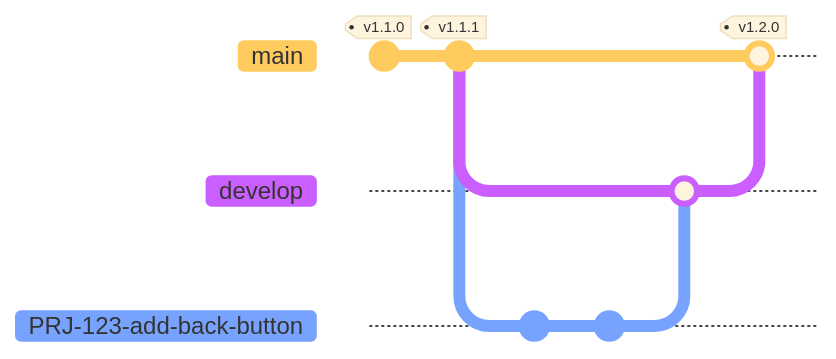
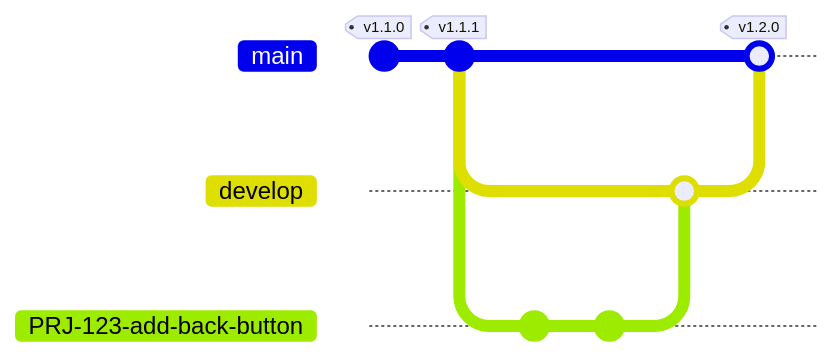
Before and after one commit to nhsbsa/nhsbsa-digital-playbook: the third of 9 diagrams in src/development/dev-git-branching-strategy.md, drawn with Mermaid. The commit also changed other lines of this file and 2 other files, not shown here. Commit ids are hidden.

Commit message:
a11y compliant colour theme

````diff
--- a/src/development/dev-git-branching-strategy.md
+++ b/src/development/dev-git-branching-strategy.md
@@ -78,18 +77,17 @@
 ```mermaid
-  %%{init: { 'theme': 'base', 'gitGraph': {'showCommitLabel': false}} }%%
   gitGraph
     accTitle: "Change candidate branch"
     accDescr: "Git graph diagram showing main, develop and a feature branch."
     commit tag: "v1.1.0"
     commit tag: "v1.1.1"
     branch develop
     checkout develop
     branch PRJ-123-add-back-button
     checkout PRJ-123-add-back-button
     commit
     commit
     checkout develop
     merge PRJ-123-add-back-button
     checkout main
     merge develop tag: "v1.2.0"
 ```
````
